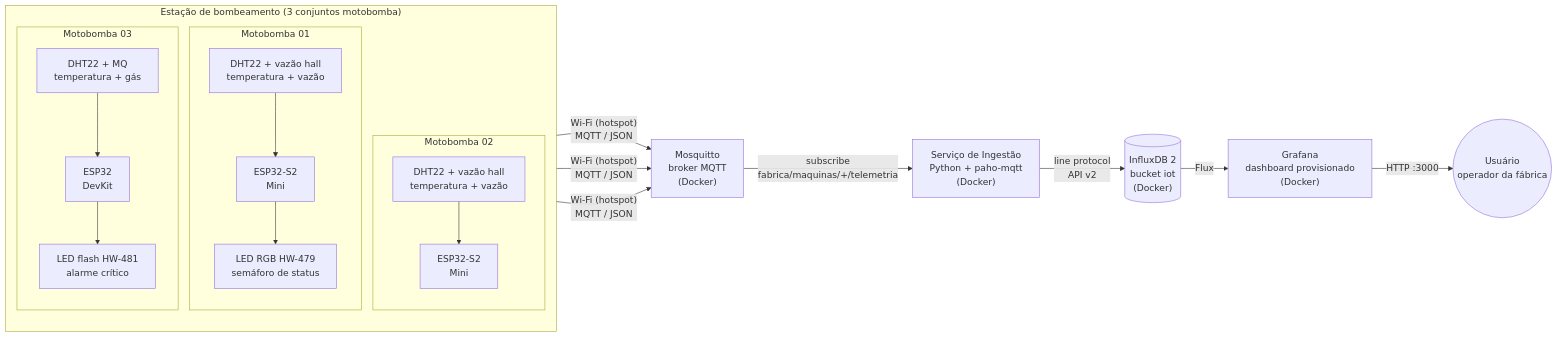
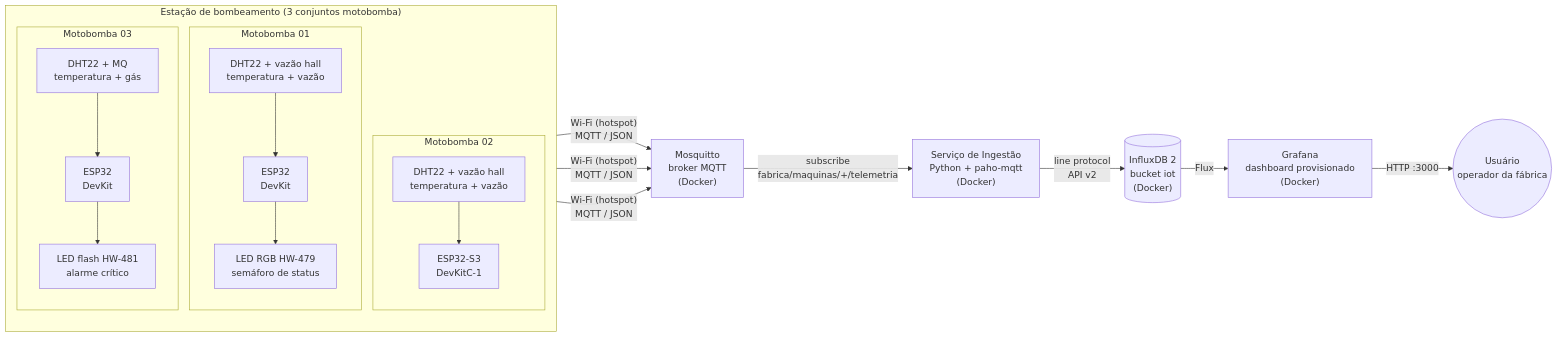
One commit to PedroFurtadoC/estacao-bombeamento-iot changed the diagram in docs/02-arquitetura.md. Above: the diagram before and after it, drawn with Mermaid. The commit also changed 16 other files, not shown here.

````diff
--- a/docs/02-arquitetura.md
+++ b/docs/02-arquitetura.md
@@ -5,23 +5,23 @@
 ```mermaid
 flowchart LR
     subgraph Maquinas["Estação de bombeamento (3 conjuntos motobomba)"]
         direction TB
         subgraph M01["Motobomba 01"]
-            S1["DHT22 + vazão hall<br/>temperatura + vazão"] --> E1["ESP32-S2<br/>Mini"]
+            S1["DHT22 + vazão hall<br/>temperatura + vazão"] --> E1["ESP32<br/>DevKit"]
             E1 --> A1["LED RGB HW-479<br/>semáforo de status"]
         end
         subgraph M02["Motobomba 02"]
-            S2["DHT22 + vazão hall<br/>temperatura + vazão"] --> E2["ESP32-S2<br/>Mini"]
+            S2["DHT22 + vazão hall<br/>temperatura + vazão"] --> E2["ESP32-S3<br/>DevKitC-1"]
         end
         subgraph M03["Motobomba 03"]
             S3["DHT22 + MQ<br/>temperatura + gás"] --> E3["ESP32<br/>DevKit"]
             E3 --> A3["LED flash HW-481<br/>alarme crítico"]
         end
     end
 
     E1 & E2 & E3 -- "Wi-Fi (hotspot)<br/>MQTT / JSON" --> BR["Mosquitto<br/>broker MQTT<br/>(Docker)"]
     BR -- "subscribe<br/>fabrica/maquinas/+/telemetria" --> IN["Serviço de Ingestão<br/>Python + paho-mqtt<br/>(Docker)"]
     IN -- "line protocol<br/>API v2" --> DB[("InfluxDB 2<br/>bucket iot<br/>(Docker)")]
     DB -- "Flux" --> GF["Grafana<br/>dashboard provisionado<br/>(Docker)"]
     GF -- "HTTP :3000" --> US(("Usuário<br/>operador da fábrica"))
 ```
````
